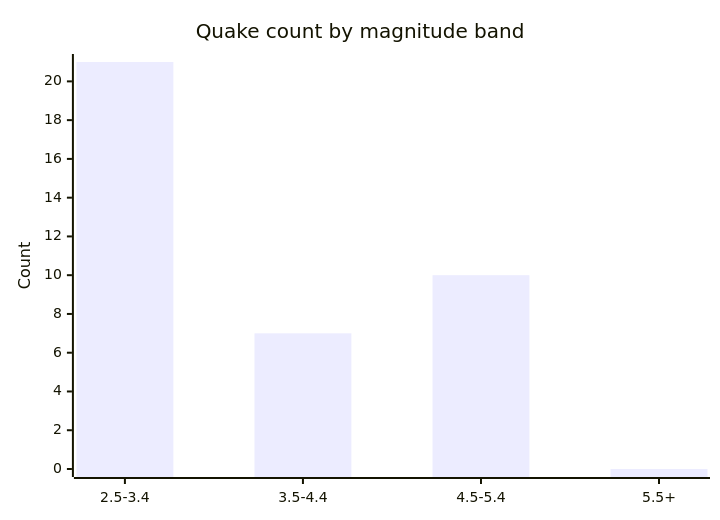
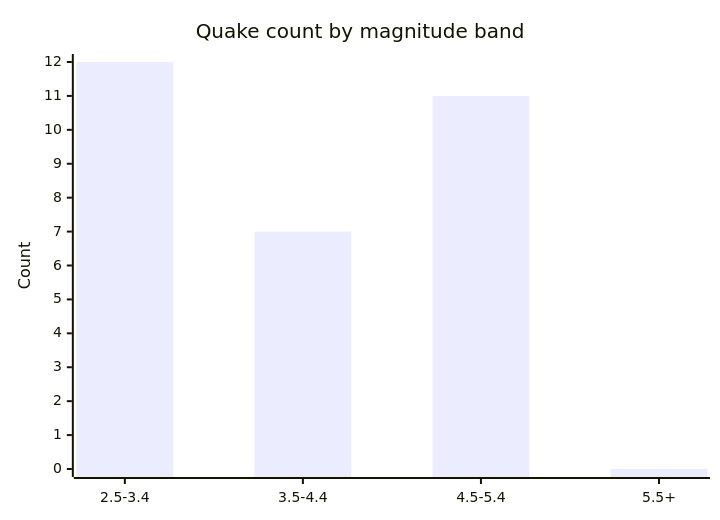
The fifth of 6 diagrams in docs/GRAPHS.md (Midwest-Stratospheric/aerostratospheric-defense-gir), drawn with Mermaid before and after one commit. The commit also changed other lines of this file and 23 other files, not shown here.

````diff
--- a/docs/GRAPHS.md
+++ b/docs/GRAPHS.md
@@ -82,7 +82,7 @@
 ```mermaid
 xychart-beta
   title "Quake count by magnitude band"
   x-axis ["2.5-3.4", "3.5-4.4", "4.5-5.4", "5.5+"]
-  y-axis "Count" 0 --> 21
-  bar [21, 7, 10, 0]
+  y-axis "Count" 0 --> 12
+  bar [12, 7, 11, 0]
 ```
````
